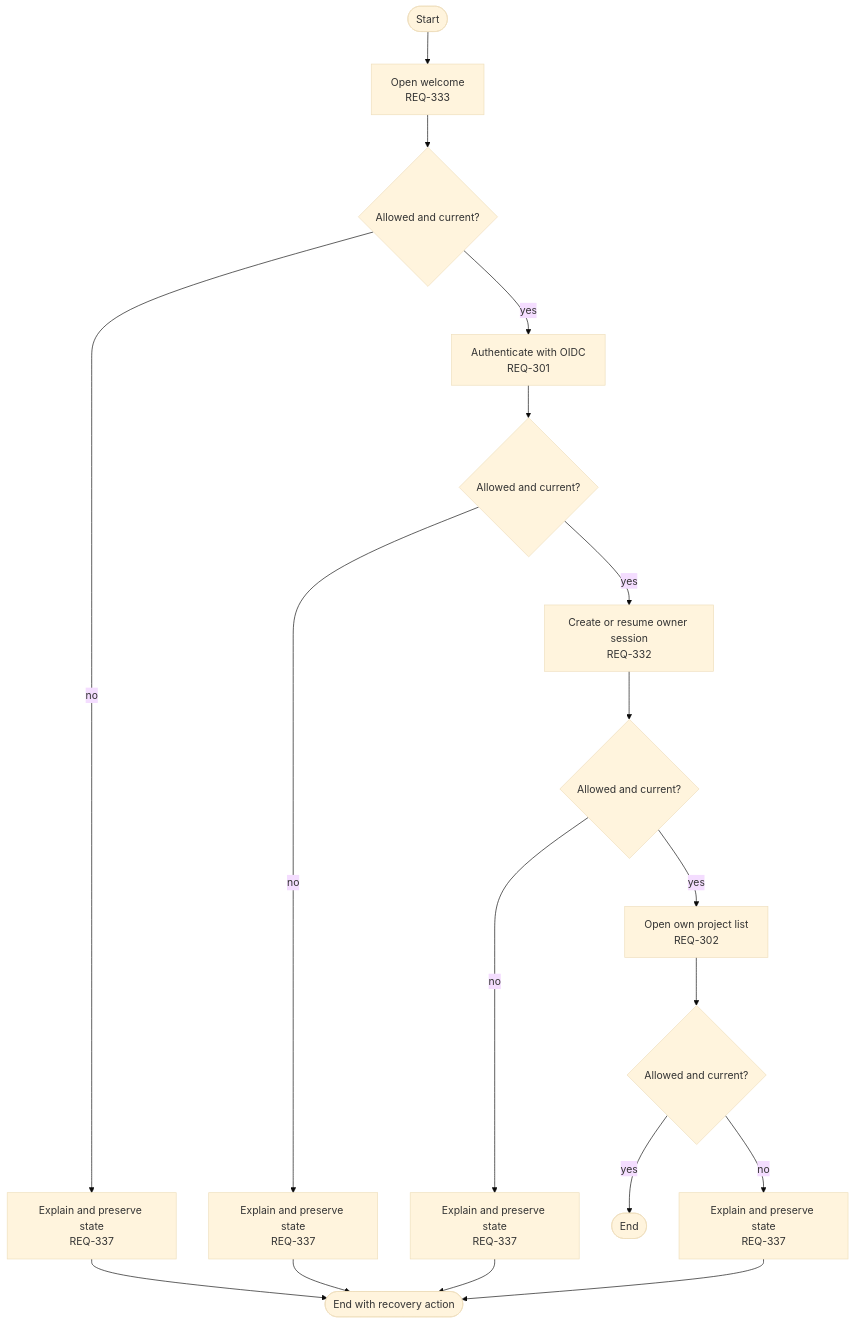
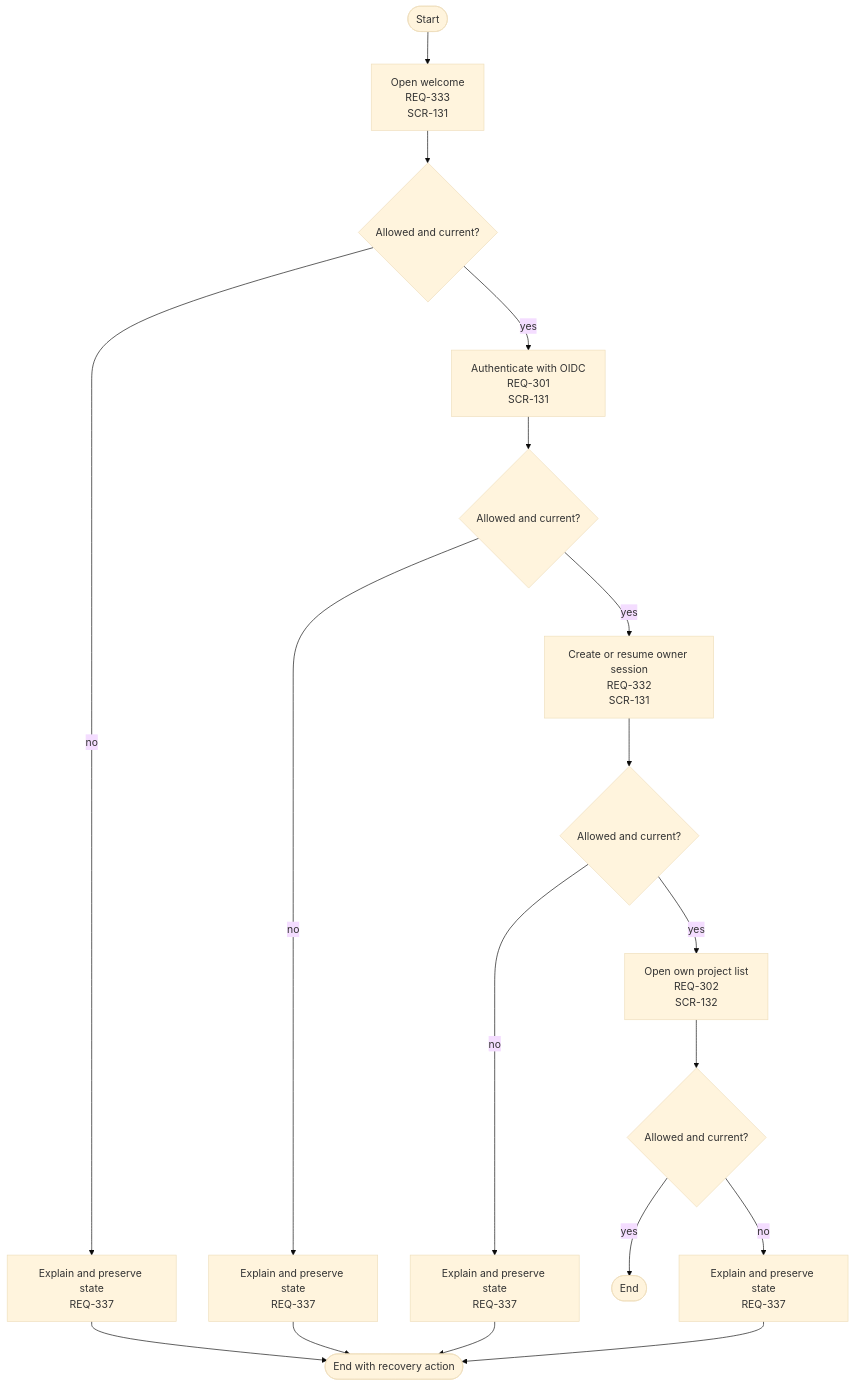
One commit to kodonghui/corthex-nexus changed the diagram in docs/03-user-flow/rebuild/FL-128.ko.md. Above: the diagram before and after it, drawn with Mermaid (base theme). The commit also changed other lines of this file and 28 other files, not shown here.

Commit message:
Design rebuild navigation and link every visible flow step

````diff
--- a/docs/03-user-flow/rebuild/FL-128.ko.md
+++ b/docs/03-user-flow/rebuild/FL-128.ko.md
@@ -9,20 +11,20 @@
 ```mermaid
 flowchart TD
   Start([Start]) --> S0
-  S0["Open welcome<br/>REQ-333"] --> D0{"Allowed and current?"}
+  S0["Open welcome<br/>REQ-333<br/>SCR-131"] --> D0{"Allowed and current?"}
   D0 -- yes --> S1
   D0 -- no --> F0["Explain and preserve state<br/>REQ-337"]
   F0 --> Stop([End with recovery action])
-  S1["Authenticate with OIDC<br/>REQ-301"] --> D1{"Allowed and current?"}
+  S1["Authenticate with OIDC<br/>REQ-301<br/>SCR-131"] --> D1{"Allowed and current?"}
   D1 -- yes --> S2
   D1 -- no --> F1["Explain and preserve state<br/>REQ-337"]
   F1 --> Stop([End with recovery action])
-  S2["Create or resume owner session<br/>REQ-332"] --> D2{"Allowed and current?"}
+  S2["Create or resume owner session<br/>REQ-332<br/>SCR-131"] --> D2{"Allowed and current?"}
   D2 -- yes --> S3
   D2 -- no --> F2["Explain and preserve state<br/>REQ-337"]
   F2 --> Stop([End with recovery action])
-  S3["Open own project list<br/>REQ-302"] --> D3{"Allowed and current?"}
+  S3["Open own project list<br/>REQ-302<br/>SCR-132"] --> D3{"Allowed and current?"}
   D3 -- yes --> End([End])
   D3 -- no --> F3["Explain and preserve state<br/>REQ-337"]
   F3 --> Stop([End with recovery action])
 ```
````
